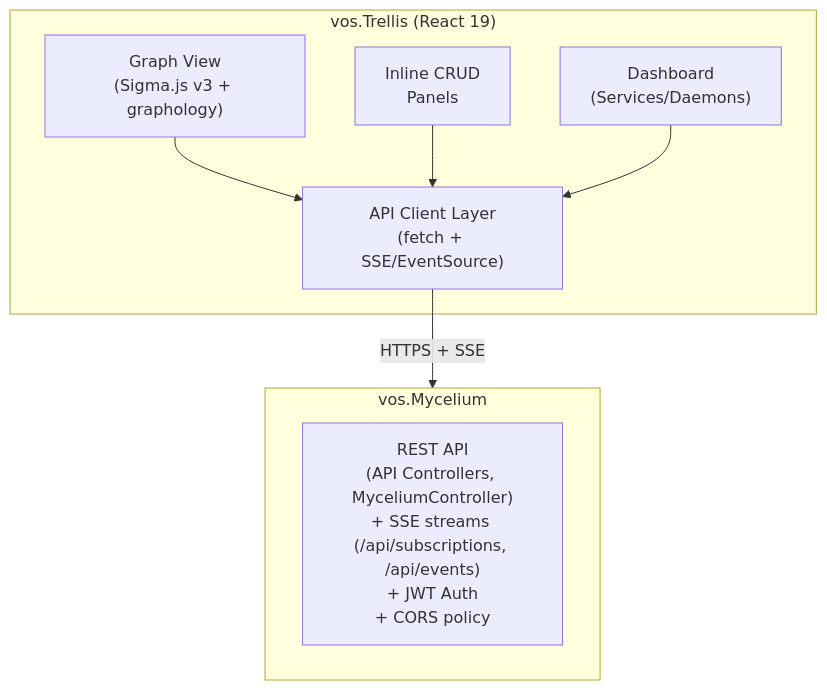
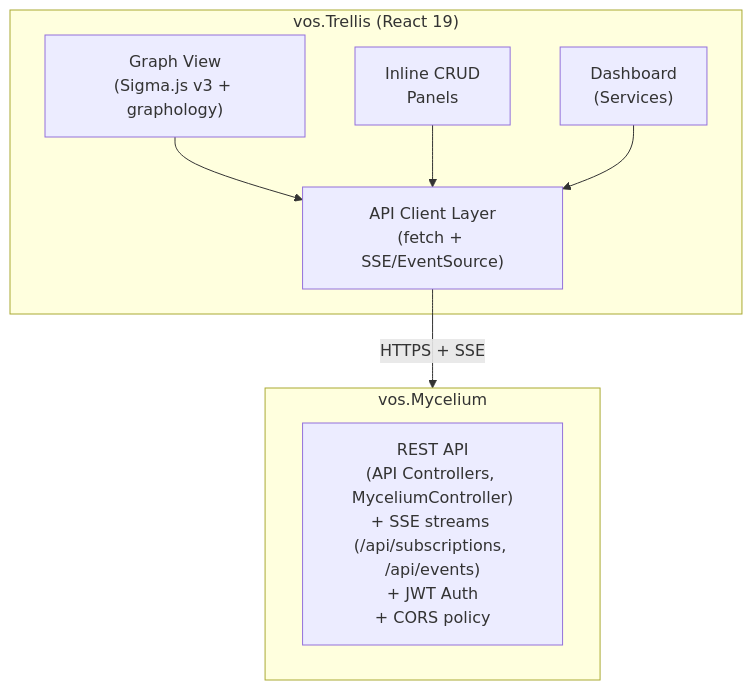
The diagram in docs/TRELLIS.md (ReGen-Villages/VillageOS-API), drawn with Mermaid before and after one commit. The commit also changed other lines of this file and 13 other files, not shown here.

First line of the commit message:
fix(#5608): collapse Trellis Daemons section into Services; drop daemon CLI

````diff
--- a/docs/TRELLIS.md
+++ b/docs/TRELLIS.md
@@ -587,15 +583,15 @@
 ```mermaid
 graph TB
     subgraph GUI["vos.Trellis (React 19)"]
         Graph["Graph View<br/>(Sigma.js v3 + graphology)"]
         Commands["Inline CRUD<br/>Panels"]
-        Dashboard["Dashboard<br/>(Services/Daemons)"]
+        Dashboard["Dashboard<br/>(Services)"]
         Graph & Commands & Dashboard --> APIClient["API Client Layer<br/>(fetch + SSE/EventSource)"]
     end
 
     APIClient -->|"HTTPS + SSE"| Mycelium
 
     subgraph Mycelium["vos.Mycelium"]
         API["REST API<br/>(API Controllers, MyceliumController)<br/>+ SSE streams (/api/subscriptions, /api/events)<br/>+ JWT Auth<br/>+ CORS policy"]
     end
 ```
````
